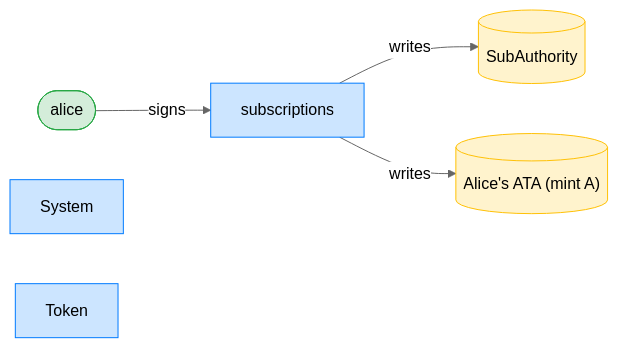
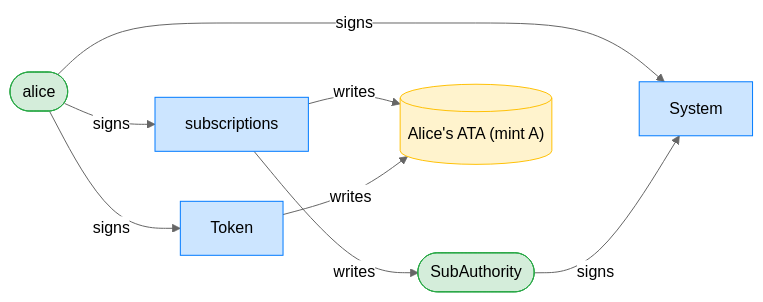
Before and after one commit to cds-rs/subscriptions: the third of 4 diagrams in dsl_tests/reject-an-ata---mint-mismatch.md, drawn with Mermaid (neutral theme). The commit also changed other lines of this file and 224 other files, not shown here.

````diff
--- a/dsl_tests/reject-an-ata---mint-mismatch.md
+++ b/dsl_tests/reject-an-ata---mint-mismatch.md
@@ -55,15 +56,19 @@
 ```mermaid
 flowchart LR
     classDef signer fill:#d4edda,stroke:#28a745;
     classDef program fill:#cce5ff,stroke:#007bff;
     classDef writable fill:#fff3cd,stroke:#ffc107;
     subscriptions[subscriptions]:::program
     alice([alice]):::signer
-    SubAuthority[(SubAuthority)]:::writable
+    SubAuthority([SubAuthority]):::signer
     Alice_s_ATA__mint_A_[("Alice's ATA (mint A)")]:::writable
     System[System]:::program
     Token[Token]:::program
     alice -->|signs| subscriptions
+    alice -->|signs| System
+    SubAuthority -->|signs| System
+    alice -->|signs| Token
     subscriptions -->|writes| SubAuthority
     subscriptions -->|writes| Alice_s_ATA__mint_A_
+    Token -->|writes| Alice_s_ATA__mint_A_
 ```
````
